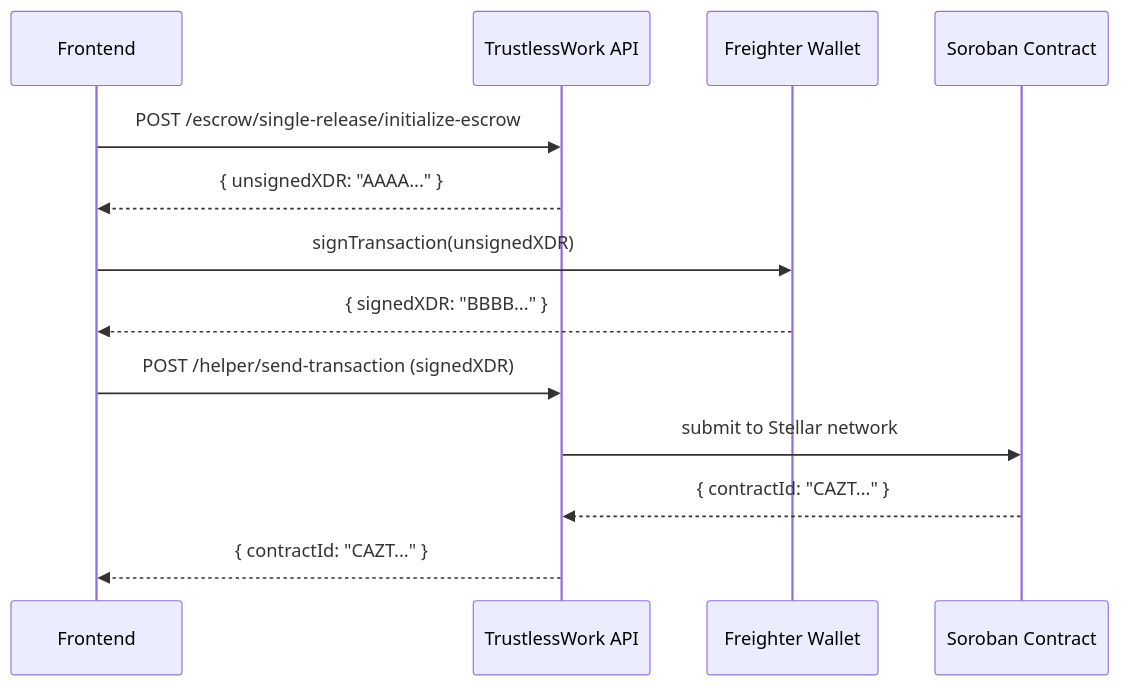
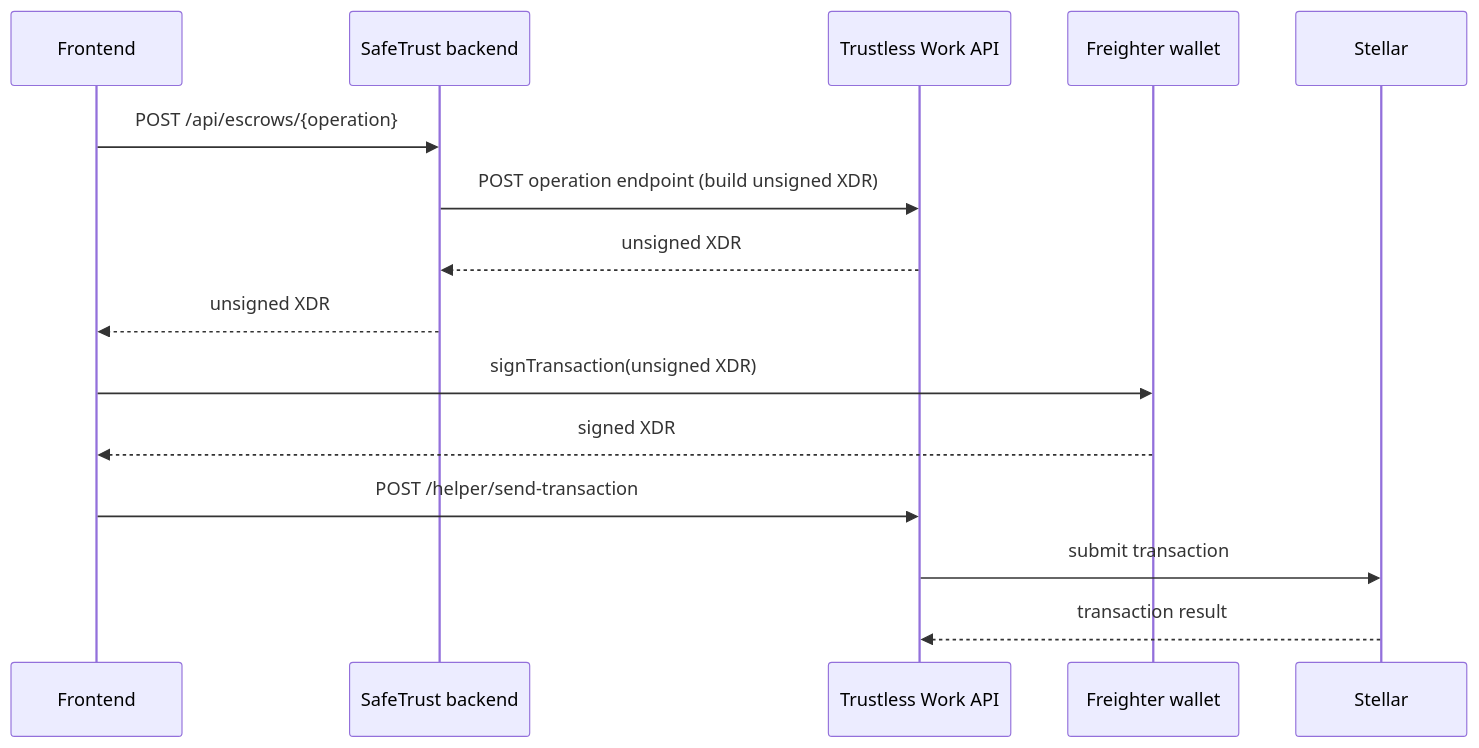
The second of 4 diagrams in docs/architecture/overview.md (safetrustcr/backend-SafeTrust), drawn with Mermaid before and after one commit. The commit also changed other lines of this file and 5 other files, not shown here.

Commit message:
feat(docs): add escrow flow documentation for funding, approval, dispute, resolution, and reconciliation (#768)

````diff
--- a/docs/architecture/overview.md
+++ b/docs/architecture/overview.md
@@ -72,18 +74,18 @@
 ```mermaid
 sequenceDiagram
     participant FE as Frontend
-    participant TW as TrustlessWork API
-    participant FW as Freighter Wallet
-    participant SC as Soroban Contract
+    participant BE as SafeTrust backend
+    participant TW as Trustless Work API
+    participant FW as Freighter wallet
+    participant ST as Stellar
 
-    FE->>TW: POST /escrow/single-release/initialize-escrow
-    TW-->>FE: { unsignedXDR: "AAAA..." }
-
-    FE->>FW: signTransaction(unsignedXDR)
-    FW-->>FE: { signedXDR: "BBBB..." }
-
-    FE->>TW: POST /helper/send-transaction (signedXDR)
-    TW->>SC: submit to Stellar network
-    SC-->>TW: { contractId: "CAZT..." }
-    TW-->>FE: { contractId: "CAZT..." }
+    FE->>BE: POST /api/escrows/{operation}
+    BE->>TW: POST operation endpoint (build unsigned XDR)
+    TW-->>BE: unsigned XDR
+    BE-->>FE: unsigned XDR
+    FE->>FW: signTransaction(unsigned XDR)
+    FW-->>FE: signed XDR
+    FE->>TW: POST /helper/send-transaction
+    TW->>ST: submit transaction
+    ST-->>TW: transaction result
 ```
````
